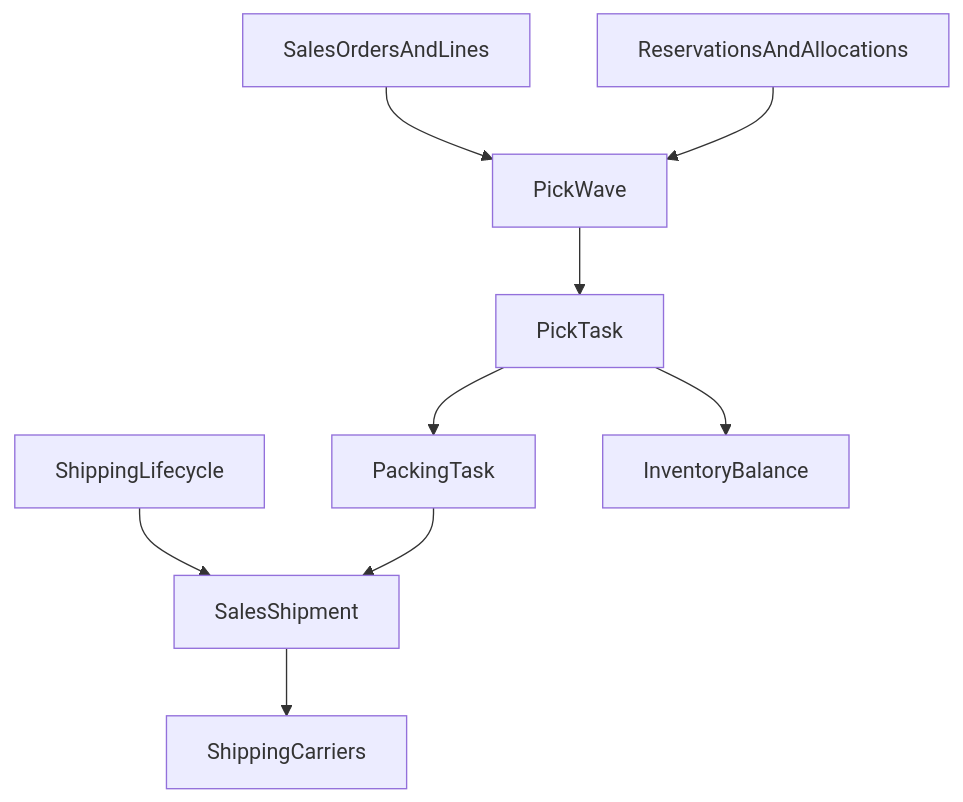
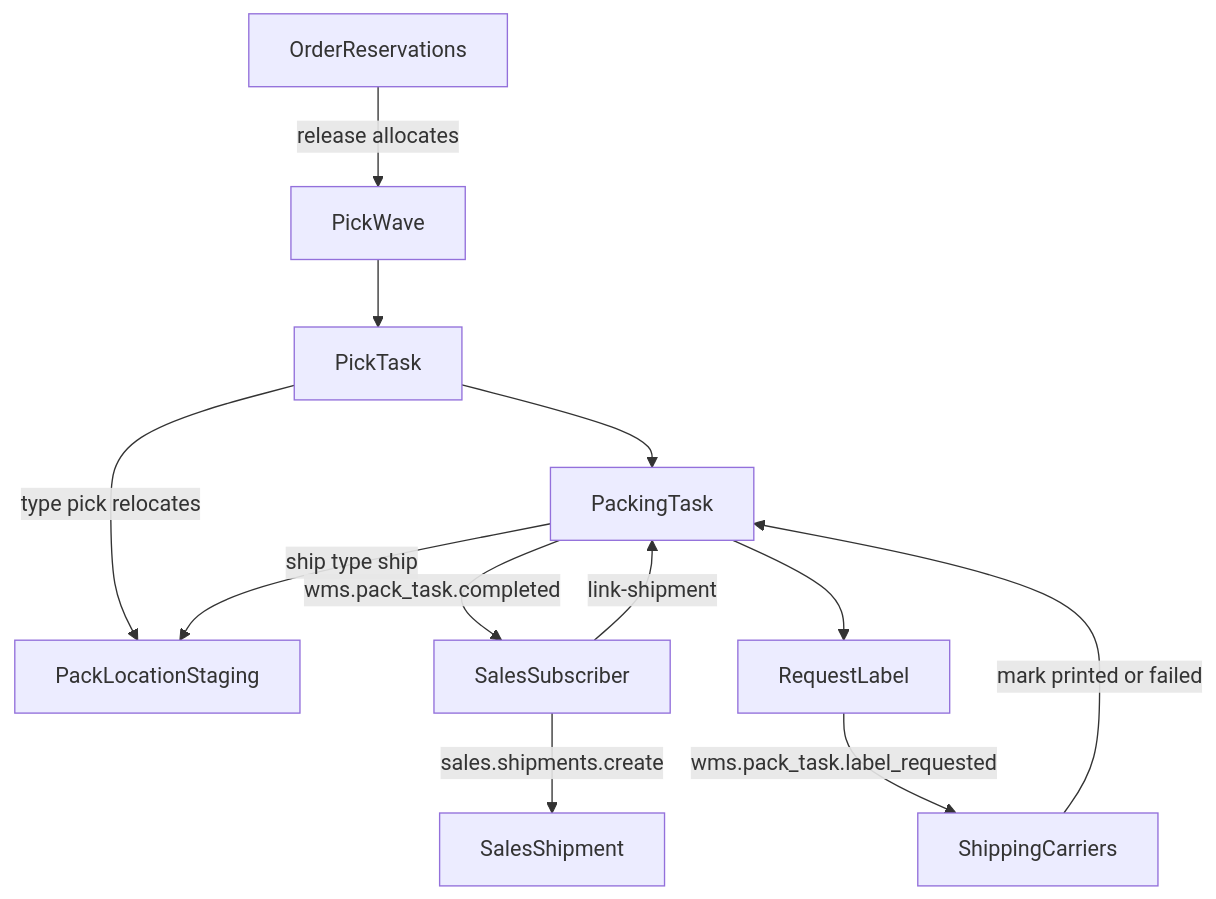
Before and after one commit to open-mercato/open-mercato: the diagram in .ai/specs/2026-04-15-wms-phase-3-picking-packing.md, drawn with Mermaid. The commit also changed other lines of this file and 2 other files, not shown here.

First line of the commit message:
docs(wms): make phase 3 picking and packing implementable

````diff
--- a/.ai/specs/2026-04-15-wms-phase-3-picking-packing.md
+++ b/.ai/specs/2026-04-15-wms-phase-3-picking-packing.md
@@ -82,21 +127,24 @@
 ```mermaid
 flowchart TD
-    sales[SalesOrdersAndLines]
-    shipping[ShippingLifecycle]
-    reserve[ReservationsAndAllocations]
+    reservations[OrderReservations]
     wave[PickWave]
     pick[PickTask]
+    packLoc[PackLocationStaging]
     pack[PackingTask]
-    balances[InventoryBalance]
+    salesSub[SalesSubscriber]
     shipment[SalesShipment]
-    carrier[ShippingCarriers]
+    labelCmd[RequestLabel]
+    carriers[ShippingCarriers]
 
-    sales --> wave
-    reserve --> wave
+    reservations -->|release allocates| wave
     wave --> pick
-    pick --> balances
+    pick -->|type pick relocates| packLoc
     pick --> pack
-    shipping --> shipment
-    pack --> shipment
-    shipment --> carrier
+    pack -->|wms.pack_task.completed| salesSub
+    salesSub -->|sales.shipments.create| shipment
+    salesSub -->|link-shipment| pack
+    pack -->|ship type ship| packLoc
+    pack --> labelCmd
+    labelCmd -->|wms.pack_task.label_requested| carriers
+    carriers -->|mark printed or failed| pack
 ```
````
